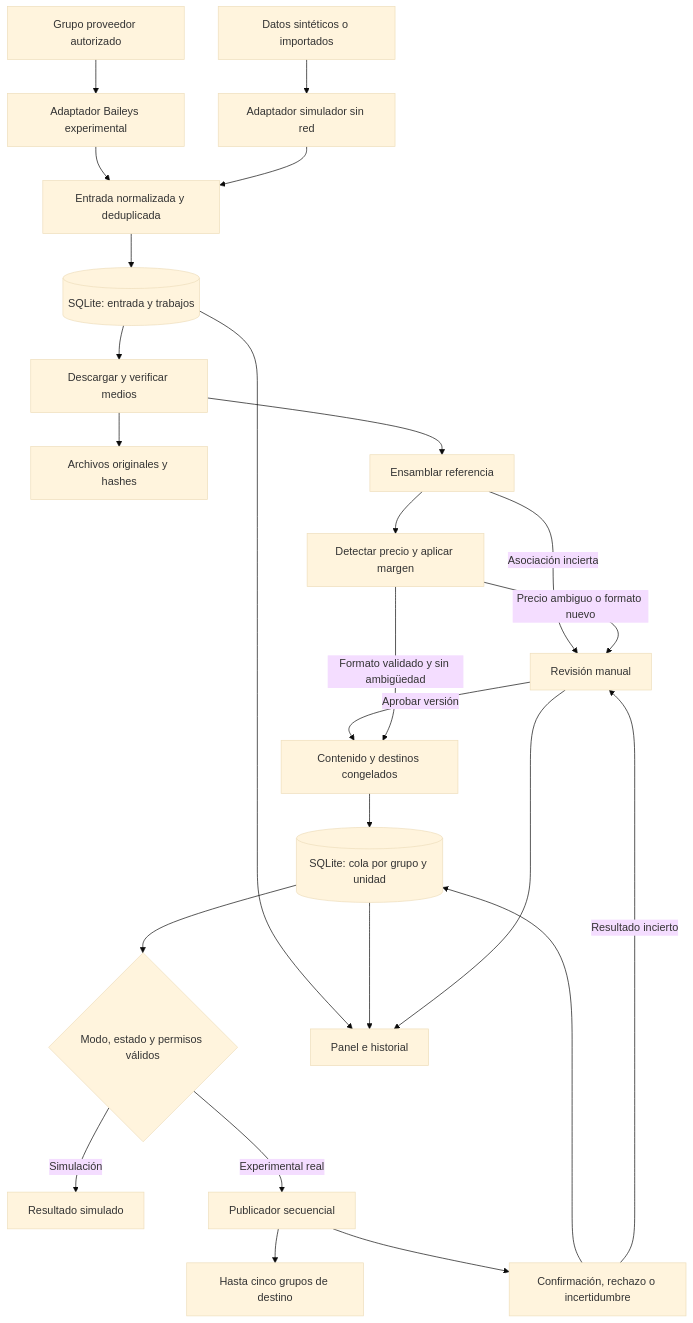
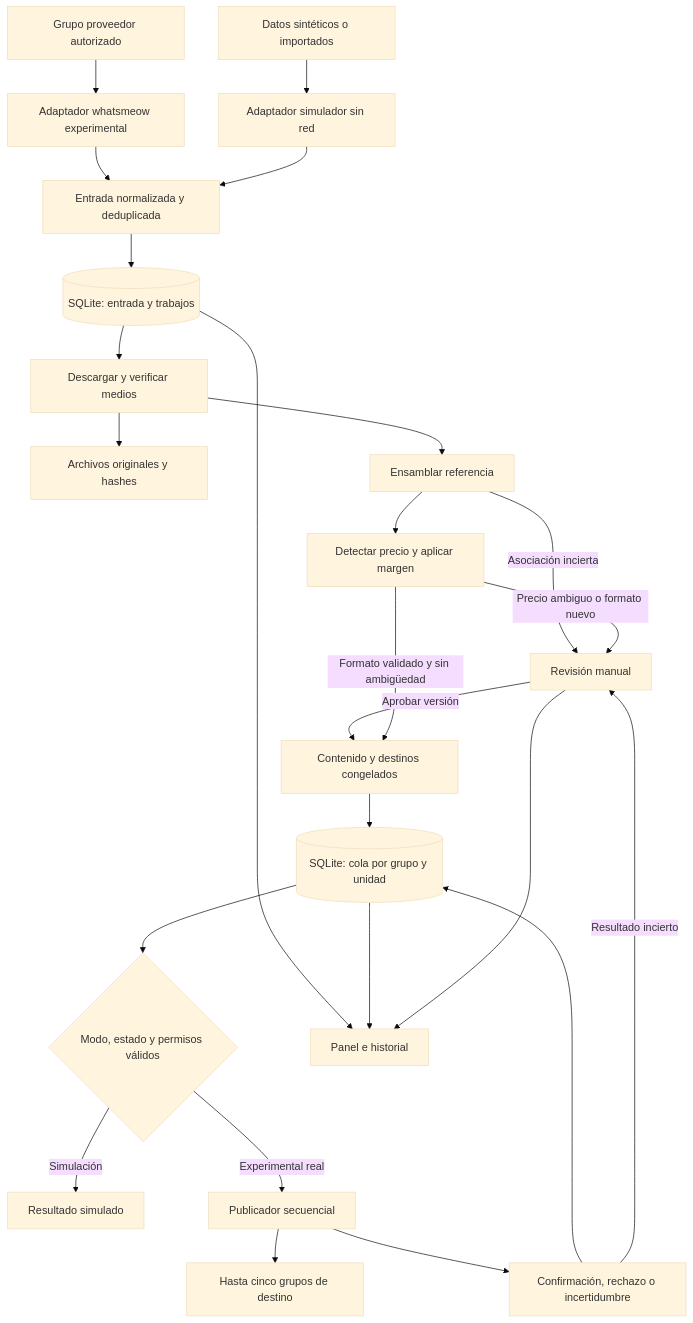
Before and after one commit to Shind-stfu/minchosport-bot: the diagram in PLAN.md, drawn with Mermaid (base theme). The commit also changed other lines of this file and 33 other files, not shown here.

````diff
--- a/PLAN.md
+++ b/PLAN.md
@@ -166,27 +166,27 @@
 ```mermaid
 flowchart TD
-    W[Grupo proveedor autorizado] --> B[Adaptador Baileys experimental]
+    W[Grupo proveedor autorizado] --> B[Adaptador whatsmeow experimental]
     F[Datos sintéticos o importados] --> S[Adaptador simulador sin red]
     B --> I[Entrada normalizada y deduplicada]
     S --> I
     I --> DB[(SQLite: entrada y trabajos)]
     DB --> M[Descargar y verificar medios]
     M --> FS[Archivos originales y hashes]
     M --> A[Ensamblar referencia]
     A --> P[Detectar precio y aplicar margen]
     A -->|Asociación incierta| R[Revisión manual]
     P -->|Precio ambiguo o formato nuevo| R
     R -->|Aprobar versión| V[Contenido y destinos congelados]
     P -->|Formato validado y sin ambigüedad| V
     V --> O[(SQLite: cola por grupo y unidad)]
     O --> G{Modo, estado y permisos válidos}
     G -->|Simulación| X[Resultado simulado]
     G -->|Experimental real| T[Publicador secuencial]
     T --> D[Hasta cinco grupos de destino]
     T --> C[Confirmación, rechazo o incertidumbre]
     C --> O
     C -->|Resultado incierto| R
     DB --> UI[Panel e historial]
     O --> UI
     R --> UI
 ```
````
